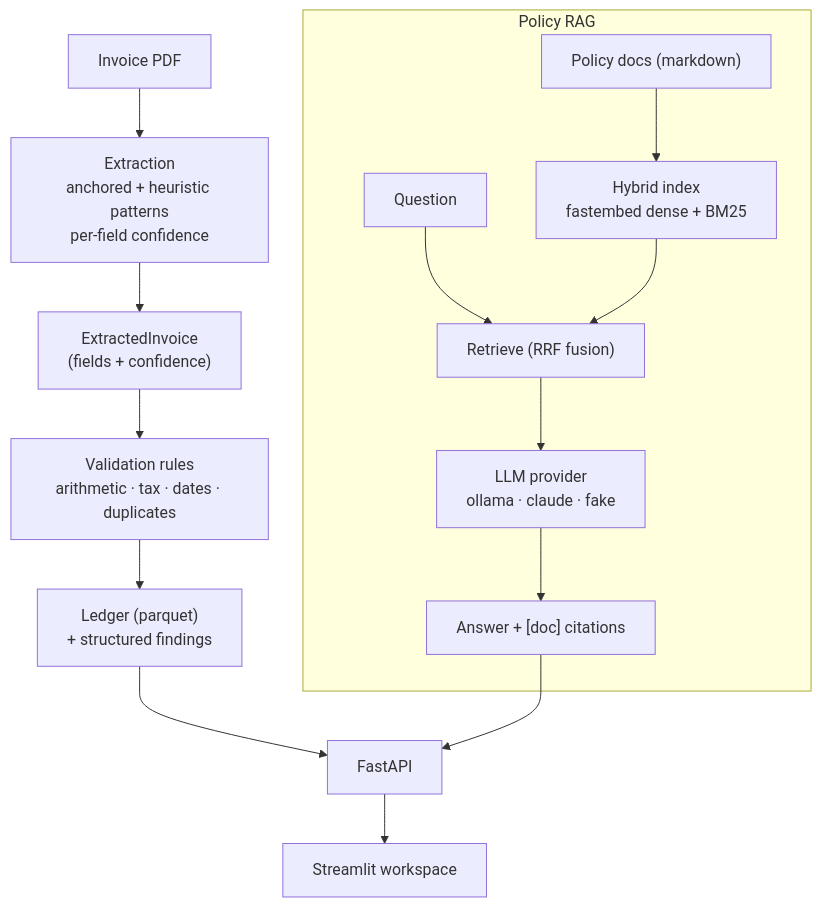
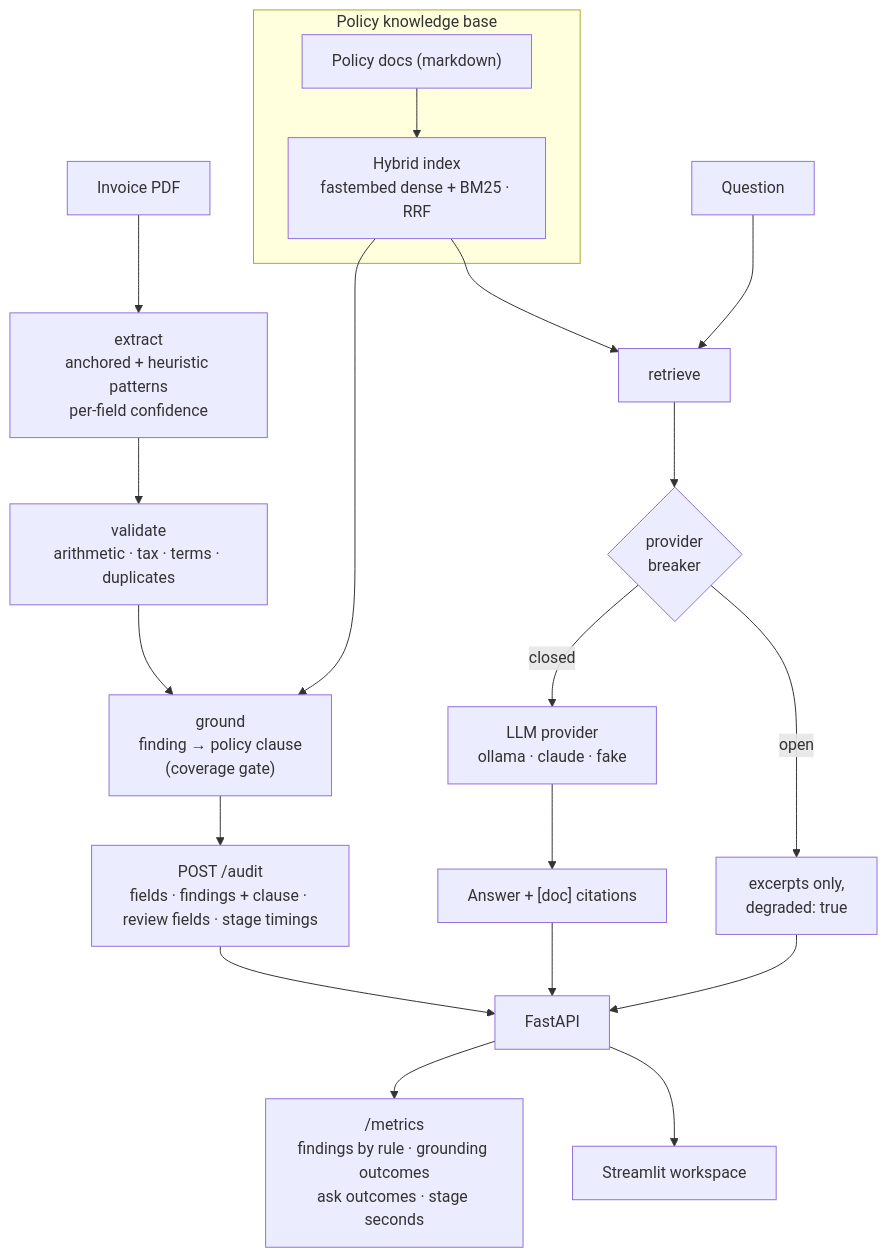
The first of 2 diagrams in README.md (jackson-marcus/Ledger-Lens), drawn with Mermaid before and after one commit. The commit also changed other lines of this file and 25 other files, not shown here.

````diff
--- a/README.md
+++ b/README.md
@@ -34,19 +35,24 @@
 ```mermaid
 flowchart TD
-    PDF["Invoice PDF"] --> EX["Extraction<br/>anchored + heuristic patterns<br/>per-field confidence"]
-    EX --> INV["ExtractedInvoice<br/>(fields + confidence)"]
-    INV --> VAL["Validation rules<br/>arithmetic · tax · dates · duplicates"]
-    VAL --> LED["Ledger (parquet)<br/>+ structured findings"]
+    PDF["Invoice PDF"] --> EX["extract<br/>anchored + heuristic patterns<br/>per-field confidence"]
+    EX --> VAL["validate<br/>arithmetic · tax · terms · duplicates"]
+    VAL --> GR["ground<br/>finding → policy clause<br/>(coverage gate)"]
+    GR --> AUD["POST /audit<br/>fields · findings + clause · review fields · stage timings"]
 
-    subgraph RAG["Policy RAG"]
-        POL["Policy docs (markdown)"] --> IDX["Hybrid index<br/>fastembed dense + BM25"]
-        Q["Question"] --> RET["Retrieve (RRF fusion)"]
-        IDX --> RET
-        RET --> LLM["LLM provider<br/>ollama · claude · fake"]
-        LLM --> ANS["Answer + [doc] citations"]
+    subgraph RAG["Policy knowledge base"]
+        POL["Policy docs (markdown)"] --> IDX["Hybrid index<br/>fastembed dense + BM25 · RRF"]
     end
+    IDX --> GR
+    IDX --> RET["retrieve"]
+    Q["Question"] --> RET
+    RET --> CB{"provider<br/>breaker"}
+    CB -- closed --> LLM["LLM provider<br/>ollama · claude · fake"]
+    CB -- open --> DEG["excerpts only,<br/>degraded: true"]
+    LLM --> ANS["Answer + [doc] citations"]
 
-    LED --> API["FastAPI"]
+    AUD --> API["FastAPI"]
     ANS --> API
+    DEG --> API
+    API --> MET["/metrics<br/>findings by rule · grounding outcomes<br/>ask outcomes · stage seconds"]
     API --> UI["Streamlit workspace"]
 ```
````
